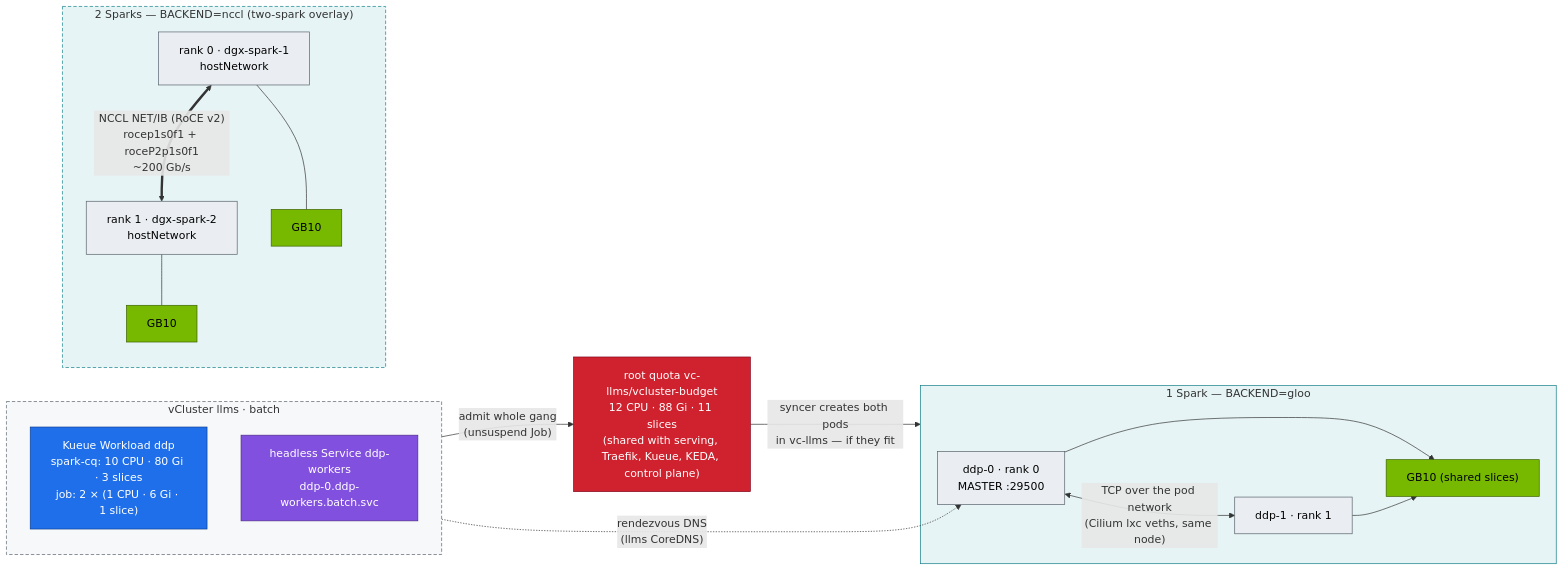
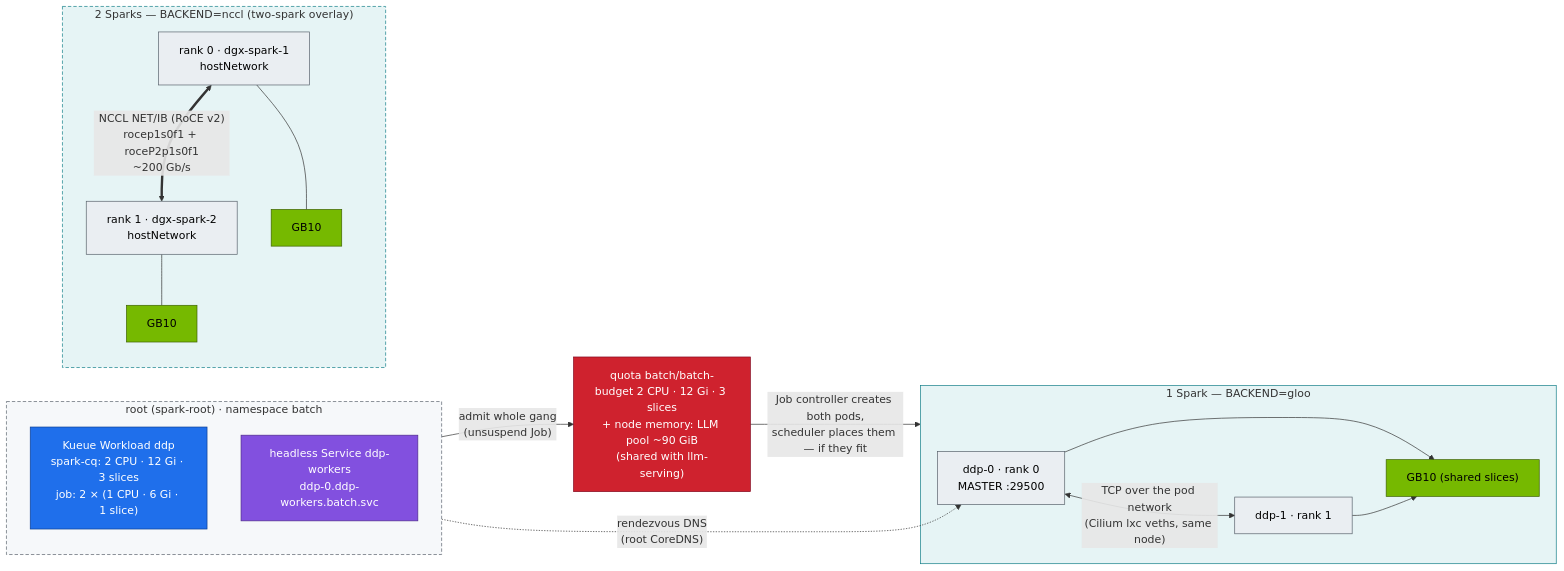
Before and after one commit to cloudone365/technical-depth: the diagram in 02-Kubernetes/18-distributed-ai-training-and-nccl.md, drawn with Mermaid. The commit also changed other lines of this file and 58 other files, not shown here.

First line of the commit message:
Docs: dev-llms sandbox vCluster, LLM stack on the root, shared ~90 GiB pool, headless DGX OS

````diff
--- a/02-Kubernetes/18-distributed-ai-training-and-nccl.md
+++ b/02-Kubernetes/18-distributed-ai-training-and-nccl.md
@@ -39,34 +39,34 @@
 ```mermaid
 flowchart LR
-  subgraph LLMS["vCluster llms · batch"]
+  subgraph LLMS["root (spark-root) · namespace batch"]
     direction TB
-    WL["Kueue Workload ddp<br/>spark-cq: 10 CPU · 80 Gi · 3 slices<br/>job: 2 × (1 CPU · 6 Gi · 1 slice)"]
+    WL["Kueue Workload ddp<br/>spark-cq: 2 CPU · 12 Gi · 3 slices<br/>job: 2 × (1 CPU · 6 Gi · 1 slice)"]
     HS["headless Service ddp-workers<br/>ddp-0.ddp-workers.batch.svc"]
   end
-  RQ["root quota vc-llms/vcluster-budget<br/>12 CPU · 88 Gi · 11 slices<br/>(shared with serving, Traefik, Kueue, KEDA, control plane)"]
+  RQ["quota batch/batch-budget 2 CPU · 12 Gi · 3 slices<br/>+ node memory: LLM pool ~90 GiB<br/>(shared with llm-serving)"]
   subgraph ONE["1 Spark — BACKEND=gloo"]
     R0["ddp-0 · rank 0<br/>MASTER :29500"] <-->|"TCP over the pod network<br/>(Cilium lxc veths, same node)"| R1["ddp-1 · rank 1"]
     R0 & R1 --> G1["GB10 (shared slices)"]
   end
   subgraph TWO["2 Sparks — BACKEND=nccl (two-spark overlay)"]
     A0["rank 0 · dgx-spark-1<br/>hostNetwork"] <==>|"NCCL NET/IB (RoCE v2)<br/>rocep1s0f1 + roceP2p1s0f1<br/>~200 Gb/s"| A1["rank 1 · dgx-spark-2<br/>hostNetwork"]
     A0 --- GA["GB10"]
     A1 --- GB["GB10"]
   end
   WL -->|"admit whole gang<br/>(unsuspend Job)"| RQ
-  RQ -->|"syncer creates both pods<br/>in vc-llms — if they fit"| ONE
-  HS -. "rendezvous DNS<br/>(llms CoreDNS)" .-> R0
+  RQ -->|"Job controller creates both pods,<br/>scheduler places them — if they fit"| ONE
+  HS -. "rendezvous DNS<br/>(root CoreDNS)" .-> R0
   classDef gpu fill:#76b900,stroke:#3d6000,color:#000
   classDef net fill:#8250df,stroke:#4c2889,color:#fff
   classDef ctrl fill:#1f6feb,stroke:#0b3d91,color:#fff
   classDef sec fill:#cf222e,stroke:#82071e,color:#fff
   classDef tenant fill:#eaeef2,stroke:#57606a,color:#000
   class G1,GA,GB gpu
   class HS net
   class WL ctrl
   class RQ sec
   class R0,R1,A0,A1 tenant
   style LLMS fill:#f6f8fa,stroke:#57606a,stroke-dasharray:5 3
   style ONE fill:#e6f4f5,stroke:#0e7c86
   style TWO fill:#e6f4f5,stroke:#0e7c86,stroke-dasharray:5 3
 ```
````
